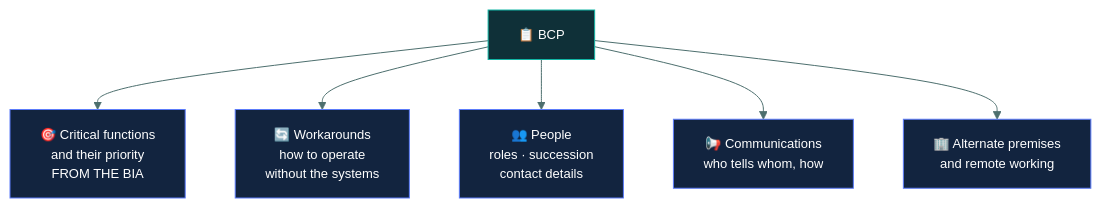
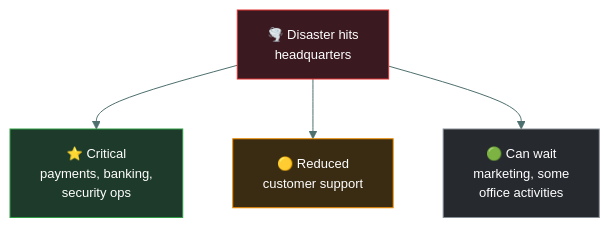
The second of 4 diagrams in 02-security-governance/business-continuity/README.md (tarunTejaDesireddy/cc-exam-prep), drawn with Mermaid before and after one commit. The commit also changed other lines of this file and 1 other file, not shown here.

First line of the commit message:
Rewrite Business Continuity with the storm-hits-the-cave walkthrough

````diff
--- a/02-security-governance/business-continuity/README.md
+++ b/02-security-governance/business-continuity/README.md
@@ -102,16 +135,13 @@
 ```mermaid
-%%{init: {'theme':'base','themeVariables':{'fontSize':'13px','lineColor':'#4d6f6e','textColor':'#dbe7e6'}}}%%
+%%{init: {'theme':'base','themeVariables':{'fontFamily':'Segoe UI, Helvetica Neue, Arial, sans-serif','fontSize':'13px','lineColor':'#4d6f6e','textColor':'#dbe7e6'}}}%%
 flowchart TD
-    B["📋 BCP"] --> F["🎯 Critical functions<br/>and their priority<br/>FROM THE BIA"]
-    B --> W["🔄 Workarounds<br/>how to operate<br/>without the systems"]
-    B --> P["👥 People<br/>roles · succession<br/>contact details"]
-    B --> C["📢 Communications<br/>who tells whom, how"]
-    B --> S["🏢 Alternate premises<br/>and remote working"]
+    D["🌪️ Disaster hits<br/>headquarters"]
+    D --> A["⭐ Critical<br/>payments, banking,<br/>security ops"]
+    D --> B["🟡 Reduced<br/>customer support"]
+    D --> C["🟢 Can wait<br/>marketing, some<br/>office activities"]
 
-    style B fill:#0f3038,stroke:#12B5A5,color:#fff
-    style F fill:#12243f,stroke:#5C7CFA,color:#fff
-    style W fill:#12243f,stroke:#5C7CFA,color:#fff
-    style P fill:#12243f,stroke:#5C7CFA,color:#fff
-    style C fill:#12243f,stroke:#5C7CFA,color:#fff
-    style S fill:#12243f,stroke:#5C7CFA,color:#fff
+    style D fill:#3a1a20,stroke:#E03131,color:#fff
+    style A fill:#1d3a2a,stroke:#2F9E44,color:#fff
+    style B fill:#3a2c12,stroke:#F08C00,color:#fff
+    style C fill:#26292e,stroke:#868E96,color:#fff
 ```
````
